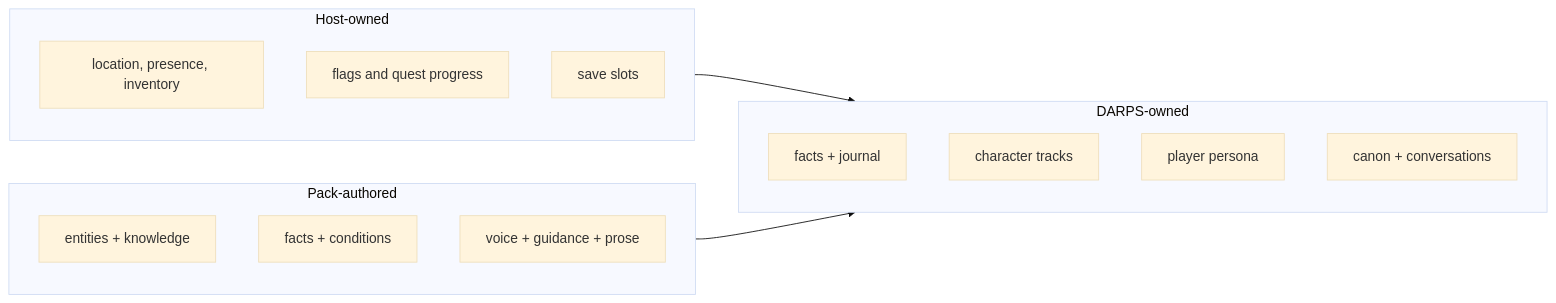
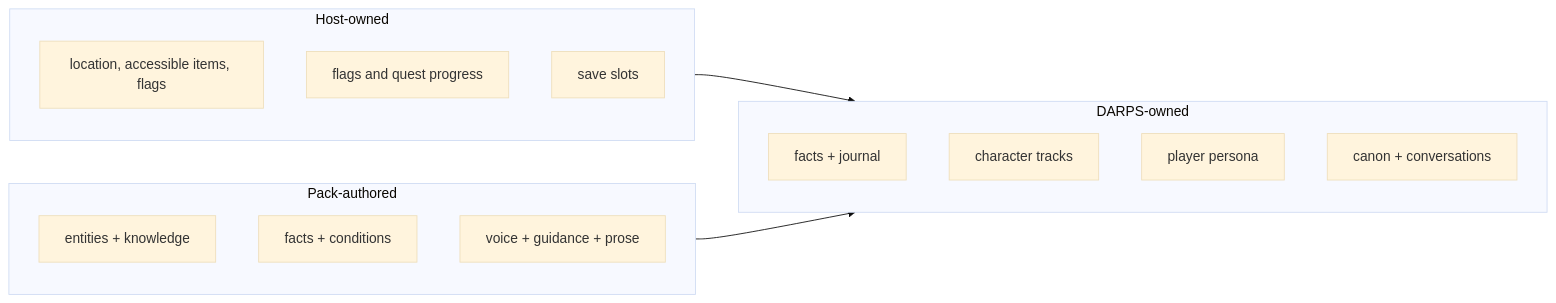
One commit to Desagidit/darps changed the second of 2 diagrams in docs/internals/architecture.md. Above: the diagram before and after it, drawn with Mermaid (base theme). The commit also changed 34 other files, not shown here.

````diff
--- a/docs/internals/architecture.md
+++ b/docs/internals/architecture.md
@@ -34,21 +34,21 @@
 ```mermaid
 flowchart LR
     subgraph Host["Host-owned"]
-      World["location, presence, inventory"]
+      World["location, accessible items, flags"]
       Flags["flags and quest progress"]
       Slots["save slots"]
     end
     subgraph Engine["DARPS-owned"]
       Journal["facts + journal"]
       Attitudes["character tracks"]
       Persona["player persona"]
       Canon["canon + conversations"]
     end
     subgraph Pack["Pack-authored"]
       Entities["entities + knowledge"]
       FactWeb["facts + conditions"]
       Guidance["voice + guidance + prose"]
     end
     Host --> Engine
     Pack --> Engine
 ```
````
